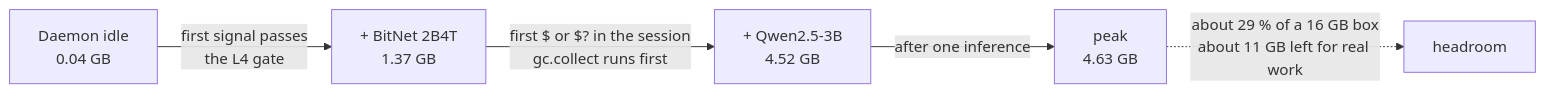
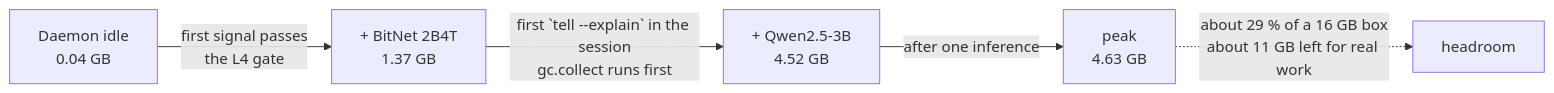
One commit to bhanot-99/NeuroPACA changed the eighth of 14 diagrams in RESEARCH_DOSSIER.md. Above: the diagram before and after it, drawn with Mermaid. The commit also changed other lines of this file and 24 other files, not shown here.

````diff
--- a/RESEARCH_DOSSIER.md
+++ b/RESEARCH_DOSSIER.md
@@ -510,7 +518,7 @@
 ```mermaid
 flowchart LR
     A["Daemon idle<br/>0.04 GB"] -->|first signal passes<br/>the L4 gate| B["+ BitNet 2B4T<br/>1.37 GB"]
-    B -->|first $ or $? in the session<br/>gc.collect runs first| C["+ Qwen2.5-3B<br/>4.52 GB"]
+    B -->|first `tell --explain` in the session<br/>gc.collect runs first| C["+ Qwen2.5-3B<br/>4.52 GB"]
     C -->|after one inference| D["peak<br/>4.63 GB"]
     D -.->|about 29 % of a 16 GB box<br/>about 11 GB left for real work| E["headroom"]
 ```
````
